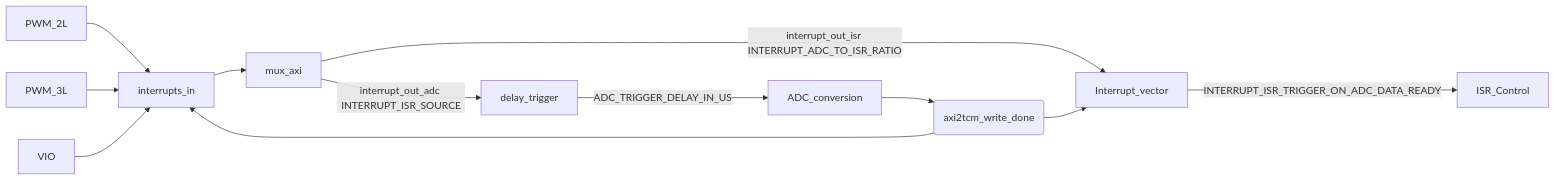
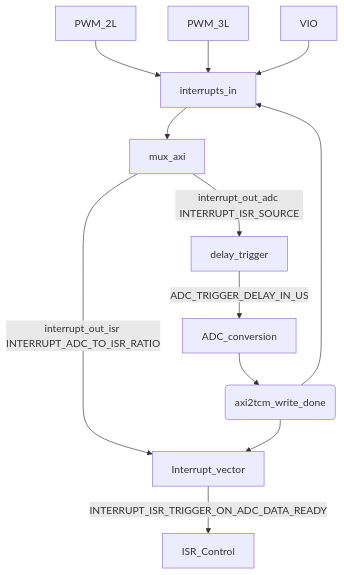
Before and after one commit to ultrazohm/ultrazohm_sw: the diagram in docs/source/guide/rpu_software/interrupts/interrupts.rst, drawn with Mermaid. The commit also changed 4 other files, not shown here.

Commit message:
- update datamover_r5 - add details in datamover_a53 - polish adjacents docs: typos, mermaid graph

```diff
--- a/docs/source/guide/rpu_software/interrupts/interrupts.rst
+++ b/docs/source/guide/rpu_software/interrupts/interrupts.rst
@@ -63,16 +63,16 @@
 .. mermaid::
     :align: center
     :caption: Signal flow in PL for ADC trigger and ISR trigger
 
-    graph LR
+    graph TB
         PWM_2L --> B[interrupts_in]
         PWM_3L --> B
         VIO --> B
         ATW(axi2tcm_write_done) --> B
         B --> mux_axi
         mux_axi -->|"interrupt_out_adc INTERRUPT_ISR_SOURCE"| delay_trigger
         mux_axi -->|"interrupt_out_isr INTERRUPT_ADC_TO_ISR_RATIO"| IV[Interrupt_vector]
         delay_trigger -->|"ADC_TRIGGER_DELAY_IN_US"| ADC_conversion
         ADC_conversion --> ATW
         ATW --> IV
         IV -->|"INTERRUPT_ISR_TRIGGER_ON_ADC_DATA_READY"| ISR_Control
```
